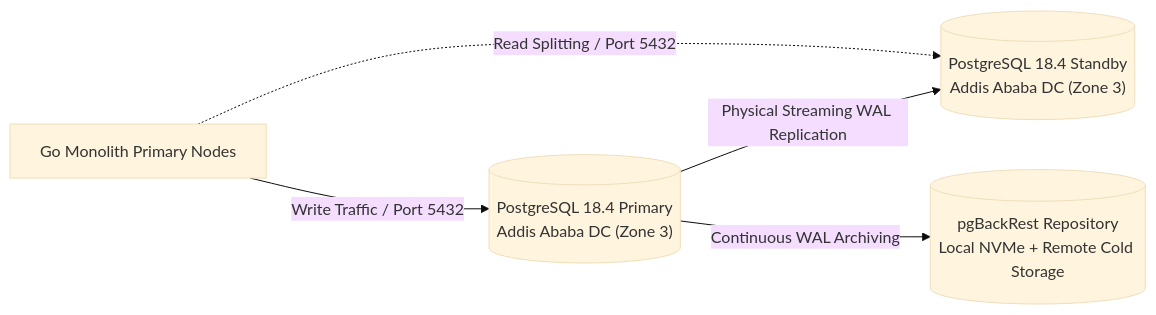
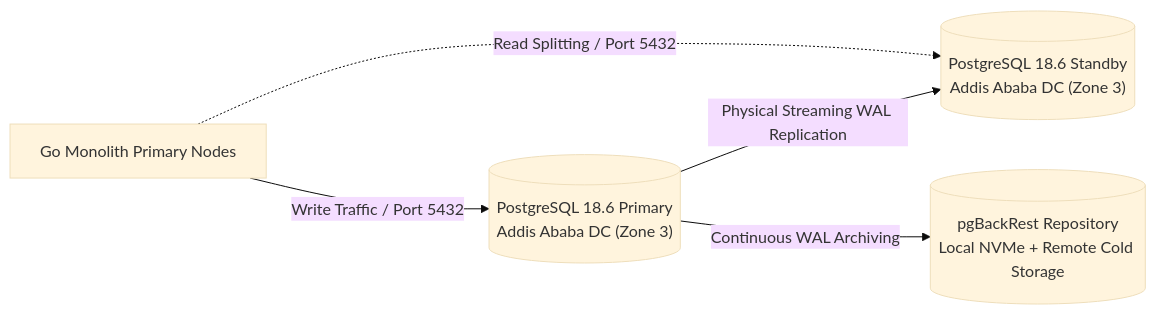
The third of 7 diagrams in docs/shared/architecture/10-deployment-architecture.md (YDink/Heavy-Machinery-Logistics-Rental), drawn with Mermaid (base theme) before and after one commit. The commit also changed other lines of this file and 212 other files, not shown here.

````diff
--- a/docs/shared/architecture/10-deployment-architecture.md
+++ b/docs/shared/architecture/10-deployment-architecture.md
@@ -542,7 +542,7 @@
 ```mermaid
 flowchart LR
-    AppPrimary["Go Monolith Primary Nodes"] -->|Write Traffic / Port 5432| MasterDB[("PostgreSQL 18.4 Primary<br/>Addis Ababa DC (Zone 3)")]
-    AppPrimary -.->|Read Splitting / Port 5432| StandbyDB[("PostgreSQL 18.4 Standby<br/>Addis Ababa DC (Zone 3)")]
+    AppPrimary["Go Monolith Primary Nodes"] -->|Write Traffic / Port 5432| MasterDB[("PostgreSQL 18.6 Primary<br/>Addis Ababa DC (Zone 3)")]
+    AppPrimary -.->|Read Splitting / Port 5432| StandbyDB[("PostgreSQL 18.6 Standby<br/>Addis Ababa DC (Zone 3)")]
     MasterDB -->|Physical Streaming WAL Replication| StandbyDB
     MasterDB -->|Continuous WAL Archiving| WALStorage[("pgBackRest Repository<br/>Local NVMe + Remote Cold Storage")]
 ```
````
